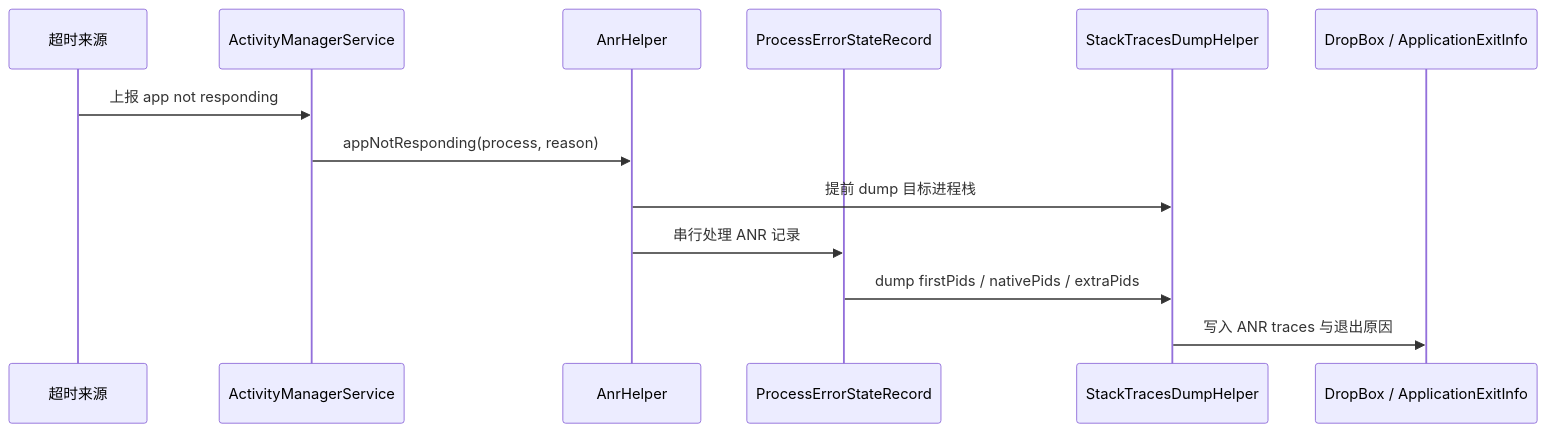
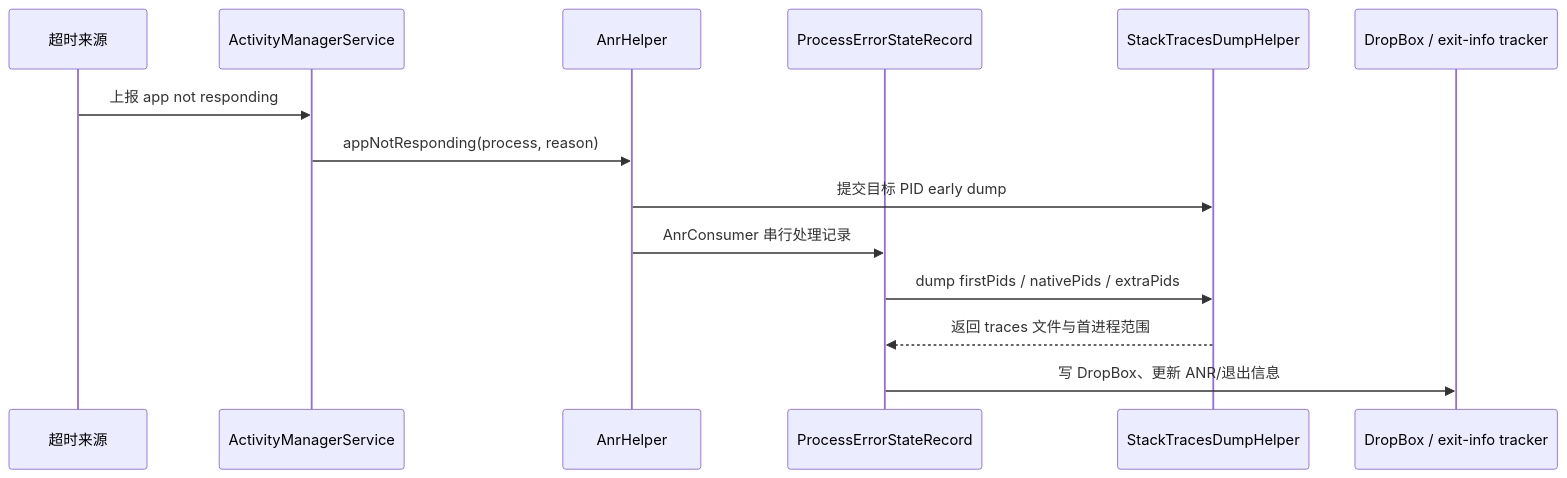
The diagram in src/part5-app/ch26-observability/04-anr-monitoring.md (Gracker/android-internals-wiki), drawn with Mermaid before and after one commit. The commit also changed other lines of this file, not shown here.

Commit message:
docs(ch26): checkpoint Android 17 ANR platform anchors

````diff
--- a/src/part5-app/ch26-observability/04-anr-monitoring.md
+++ b/src/part5-app/ch26-observability/04-anr-monitoring.md
@@ -89,16 +93,17 @@
 ```mermaid
 sequenceDiagram
     participant Trigger as 超时来源
     participant AMS as ActivityManagerService
     participant Anr as AnrHelper
     participant PESR as ProcessErrorStateRecord
     participant Dump as StackTracesDumpHelper
-    participant Store as DropBox / ApplicationExitInfo
+    participant Store as DropBox / exit-info tracker
 
     Trigger->>AMS: 上报 app not responding
     AMS->>Anr: appNotResponding(process, reason)
-    Anr->>Dump: 提前 dump 目标进程栈
-    Anr->>PESR: 串行处理 ANR 记录
+    Anr->>Dump: 提交目标 PID early dump
+    Anr->>PESR: AnrConsumer 串行处理记录
     PESR->>Dump: dump firstPids / nativePids / extraPids
-    Dump->>Store: 写入 ANR traces 与退出原因
+    Dump-->>PESR: 返回 traces 文件与首进程范围
+    PESR->>Store: 写 DropBox、更新 ANR/退出信息
 ```
````
